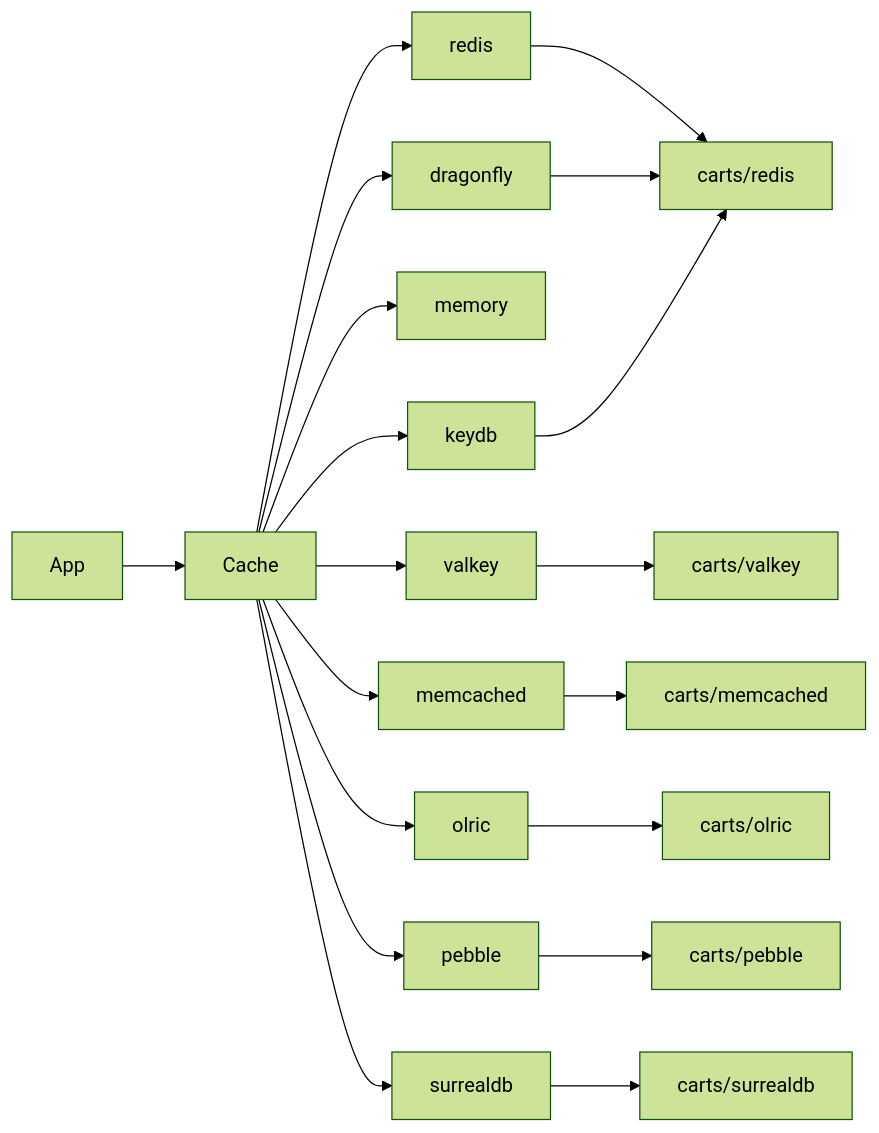
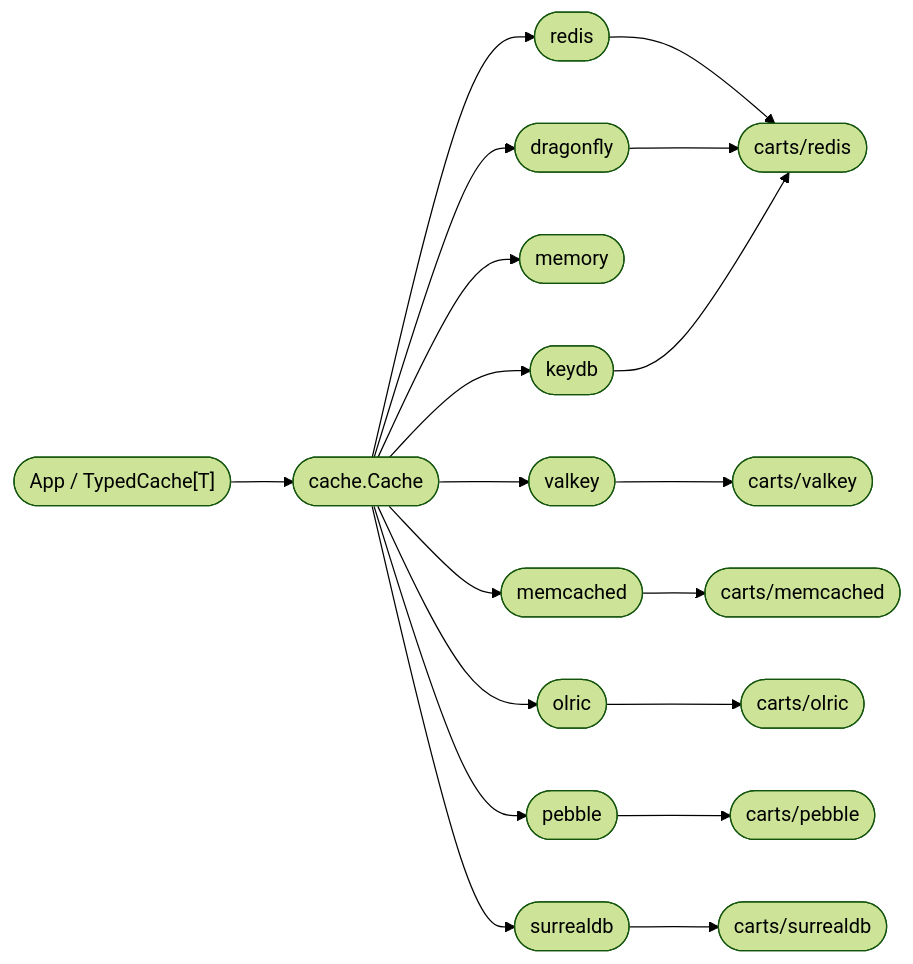
One commit to vinaycharlie01/nyro changed the diagram in README.md. Above: the diagram before and after it, drawn with Mermaid (forest theme). The commit also changed other lines of this file, not shown here.

Commit message:
docs: improve Mermaid diagram with proper node shapes and labels

````diff
--- a/README.md
+++ b/README.md
@@ -13,22 +13,23 @@
 ```mermaid
 flowchart LR
-    App --> Cache
-    Cache --> redis
-    Cache --> valkey
-    Cache --> memory
-    Cache --> dragonfly
-    Cache --> keydb
-    Cache --> memcached
-    Cache --> olric
-    Cache --> pebble
-    Cache --> surrealdb
+    APP(["App / TypedCache[T]"]) --> CACHE(["cache.Cache"])
 
-    redis --> carts/redis
-    valkey --> carts/valkey
-    dragonfly --> carts/redis
-    keydb --> carts/redis
-    memcached --> carts/memcached
-    olric --> carts/olric
-    pebble --> carts/pebble
-    surrealdb --> carts/surrealdb
+    CACHE --> RA(["redis"])
+    CACHE --> VA(["valkey"])
+    CACHE --> MA(["memory"])
+    CACHE --> DA(["dragonfly"])
+    CACHE --> KA(["keydb"])
+    CACHE --> MCA(["memcached"])
+    CACHE --> OA(["olric"])
+    CACHE --> PA(["pebble"])
+    CACHE --> SA(["surrealdb"])
+
+    RA  --> RC(["carts/redis"])
+    DA  --> RC
+    KA  --> RC
+    VA  --> VC(["carts/valkey"])
+    MCA --> MC(["carts/memcached"])
+    OA  --> OC(["carts/olric"])
+    PA  --> PC(["carts/pebble"])
+    SA  --> SC(["carts/surrealdb"])
 ```
````
